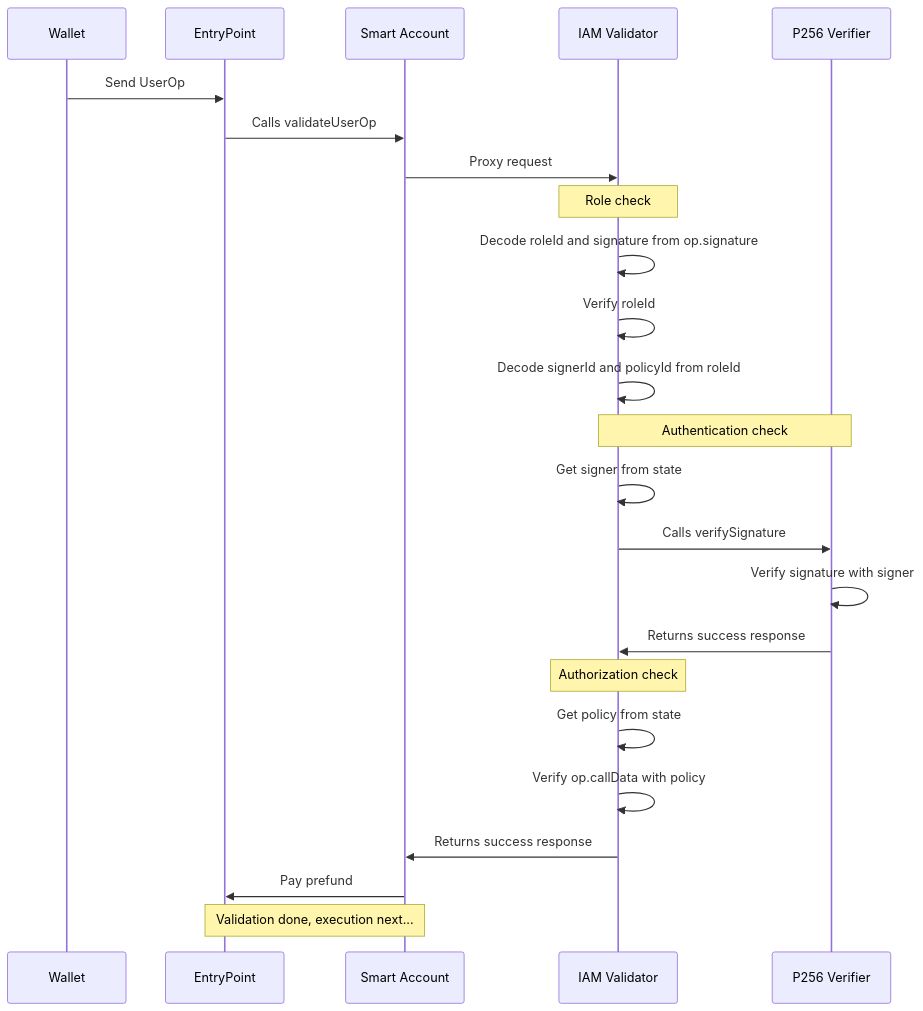
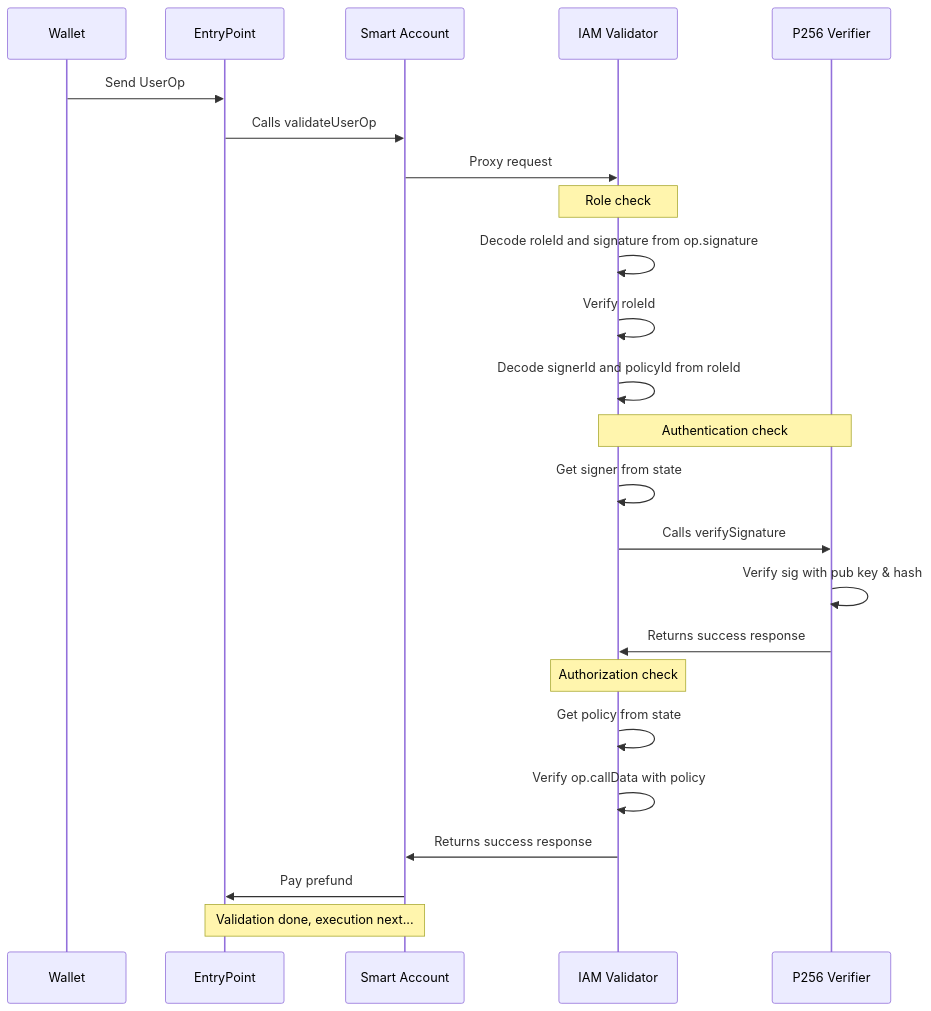
The diagram in README.md (stackup-wallet/accessctl), drawn with Mermaid before and after one commit.

````diff
--- a/README.md
+++ b/README.md
@@ -23,21 +23,21 @@
 ```mermaid
 sequenceDiagram
     Wallet->>EntryPoint:Send UserOp
     EntryPoint->>Smart Account: Calls validateUserOp
     Smart Account->>IAM Validator: Proxy request
     Note over IAM Validator: Role check
     IAM Validator->>IAM Validator: Decode roleId and signature from op.signature
     IAM Validator->>IAM Validator: Verify roleId
     IAM Validator->>IAM Validator: Decode signerId and policyId from roleId
     Note over IAM Validator,P256 Verifier: Authentication check
     IAM Validator->>IAM Validator: Get signer from state
     IAM Validator->>P256 Verifier: Calls verifySignature
-    P256 Verifier->>P256 Verifier: Verify signature with signer
+    P256 Verifier->>P256 Verifier: Verify sig with pub key & hash
     P256 Verifier->>IAM Validator: Returns success response
     Note over IAM Validator: Authorization check
     IAM Validator->>IAM Validator: Get policy from state
     IAM Validator->>IAM Validator: Verify op.callData with policy
     IAM Validator->>Smart Account: Returns success response
     Smart Account->>EntryPoint: Pay prefund
     Note over EntryPoint,Smart Account: Validation done, execution next...
 ```
````
